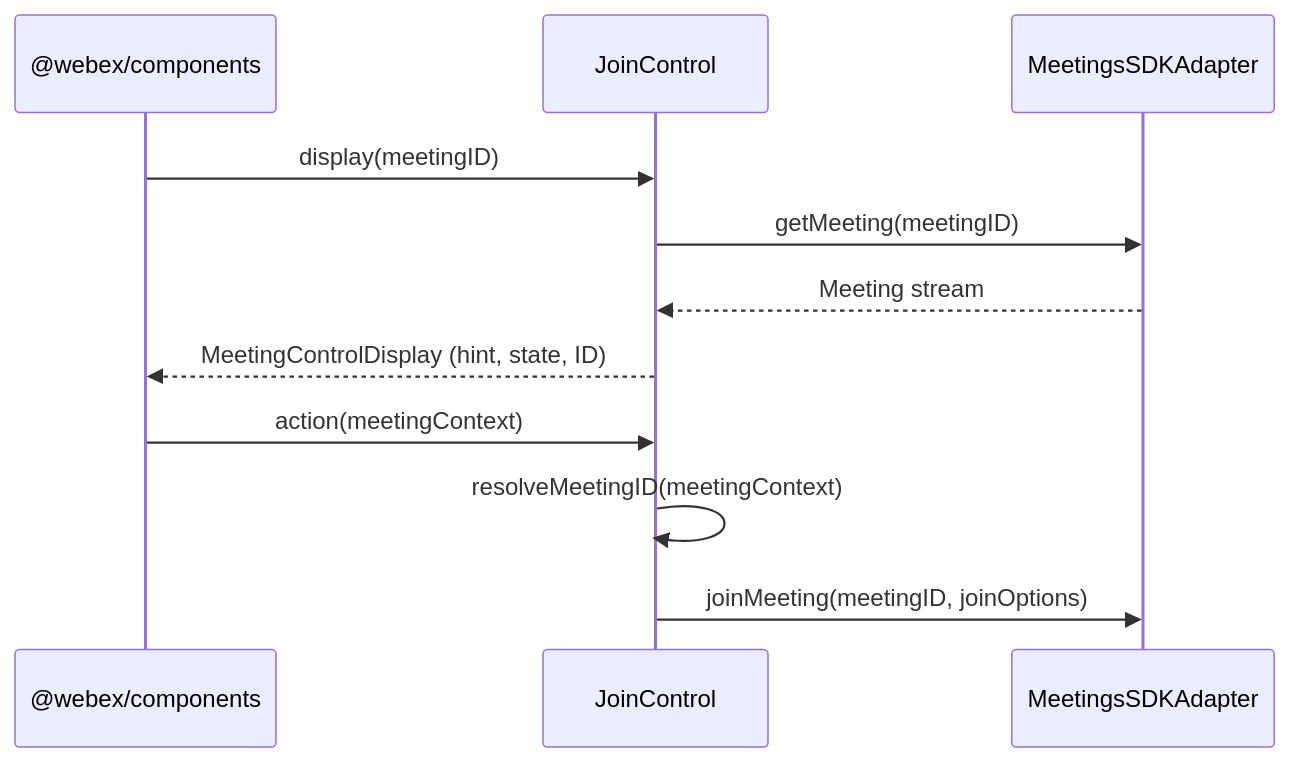
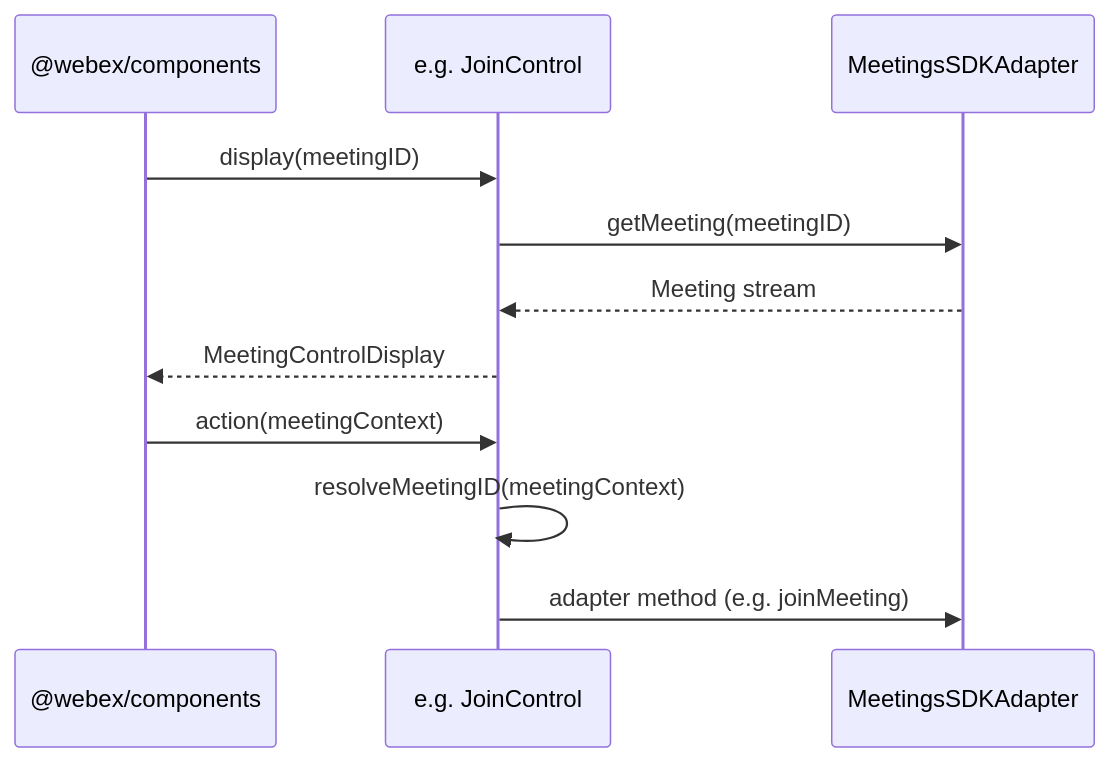
One commit to webex/sdk-component-adapter changed the seventh of 11 diagrams in src/ai-docs/meetings-sdk-adapter-spec.md. Above: the diagram before and after it, drawn with Mermaid. The commit also changed other lines of this file and 7 other files, not shown here.

````diff
--- a/src/ai-docs/meetings-sdk-adapter-spec.md
+++ b/src/ai-docs/meetings-sdk-adapter-spec.md
@@ -287,14 +289,14 @@
 ```mermaid
 sequenceDiagram
   participant Host as @webex/components
-  participant Control as JoinControl
+  participant Control as e.g. JoinControl
   participant Adapter as MeetingsSDKAdapter
 
   Host->>Control: display(meetingID)
   Control->>Adapter: getMeeting(meetingID)
   Adapter-->>Control: Meeting stream
-  Control-->>Host: MeetingControlDisplay (hint, state, ID)
+  Control-->>Host: MeetingControlDisplay
   Host->>Control: action(meetingContext)
   Control->>Control: resolveMeetingID(meetingContext)
-  Control->>Adapter: joinMeeting(meetingID, joinOptions)
+  Control->>Adapter: adapter method (e.g. joinMeeting)
 ```
````
